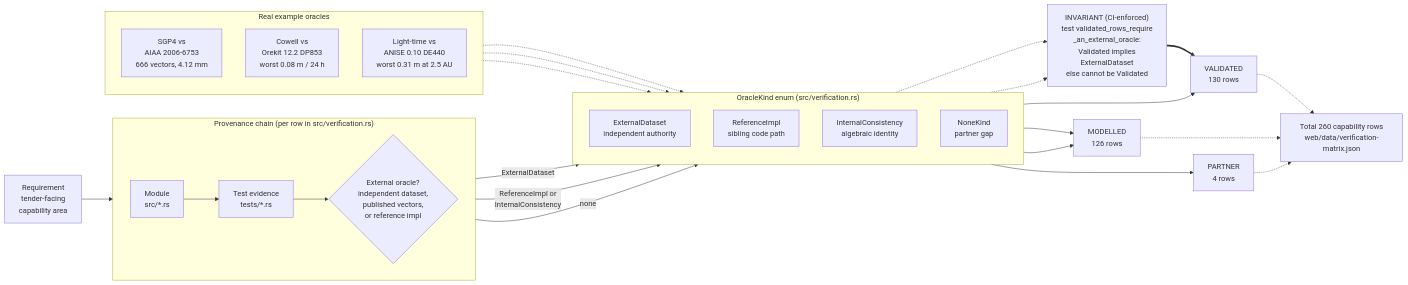
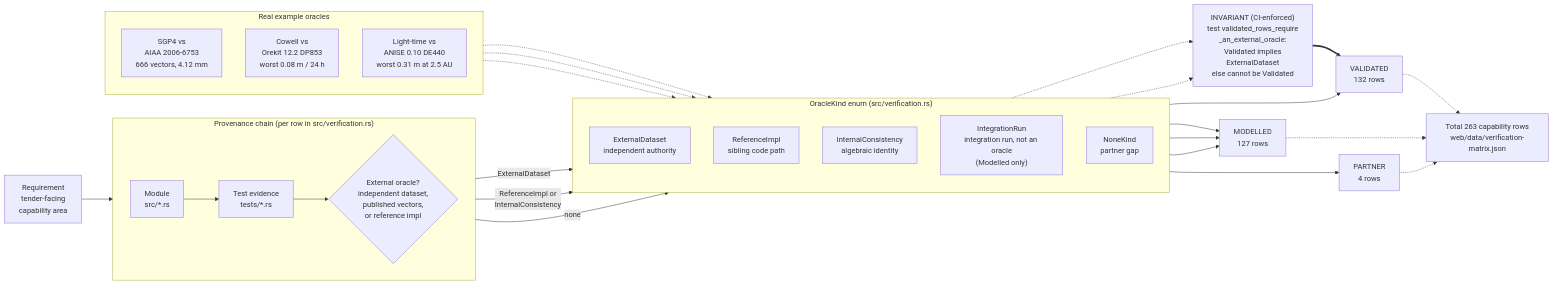
One commit to ashfordeOU/kshana changed the diagram in docs/diagrams/validation-provenance.mmd. Above: the diagram before and after it, drawn with Mermaid. The commit also changed 29 other files, not shown here.

Commit message:
Regenerate for 263 rows (132 Validated, 127 Modelled, 4 Partner): matrix, rationale and ledger JSON, figures and README images, the provenance diagram with the IntegrationRun kind, the social card, README counts

```diff
--- a/docs/diagrams/validation-provenance.mmd
+++ b/docs/diagrams/validation-provenance.mmd
@@ -1,49 +1,51 @@
 flowchart LR
     REQ["Requirement<br/>tender-facing<br/>capability area"]
 
     subgraph CHAIN["Provenance chain (per row in src/verification.rs)"]
         direction LR
         MOD["Module<br/>src/*.rs"]
         TST["Test evidence<br/>tests/*.rs"]
         ORA{"External oracle?<br/>independent dataset,<br/>published vectors,<br/>or reference impl"}
     end
 
     REQ --> MOD --> TST --> ORA
 
     subgraph KINDS["OracleKind enum (src/verification.rs)"]
         direction TD
         EXT["ExternalDataset<br/>independent authority"]
         REF["ReferenceImpl<br/>sibling code path"]
         INT["InternalConsistency<br/>algebraic identity"]
+        IRN["IntegrationRun<br/>integration run, not an oracle<br/>(Modelled only)"]
         NON["NoneKind<br/>partner gap"]
     end
 
     ORA -->|ExternalDataset| EXT
     ORA -->|"ReferenceImpl or<br/>InternalConsistency"| INT
     ORA -->|none| NON
 
     GUARD["INVARIANT (CI-enforced)<br/>test validated_rows_require<br/>_an_external_oracle:<br/>Validated implies<br/>ExternalDataset<br/>else cannot be Validated"]
     EXT -.-> GUARD
     INT -.-> GUARD
 
-    EXT --> VAL["VALIDATED<br/>130 rows"]
-    REF --> MDL["MODELLED<br/>126 rows"]
+    EXT --> VAL["VALIDATED<br/>132 rows"]
+    REF --> MDL["MODELLED<br/>127 rows"]
     INT --> MDL
+    IRN --> MDL
     NON --> PRT["PARTNER<br/>4 rows"]
     GUARD ==> VAL
 
     subgraph EX["Real example oracles"]
         direction TD
         E1["SGP4 vs<br/>AIAA 2006-6753<br/>666 vectors, 4.12 mm"]
         E2["Cowell vs<br/>Orekit 12.2 DP853<br/>worst 0.08 m / 24 h"]
         E3["Light-time vs<br/>ANISE 0.10 DE440<br/>worst 0.31 m at 2.5 AU"]
     end
 
     E1 -.-> EXT
     E2 -.-> EXT
     E3 -.-> EXT
 
-    TOTAL["Total 260 capability rows<br/>web/data/verification-matrix.json"]
+    TOTAL["Total 263 capability rows<br/>web/data/verification-matrix.json"]
     VAL -.-> TOTAL
     MDL -.-> TOTAL
     PRT -.-> TOTAL
```
